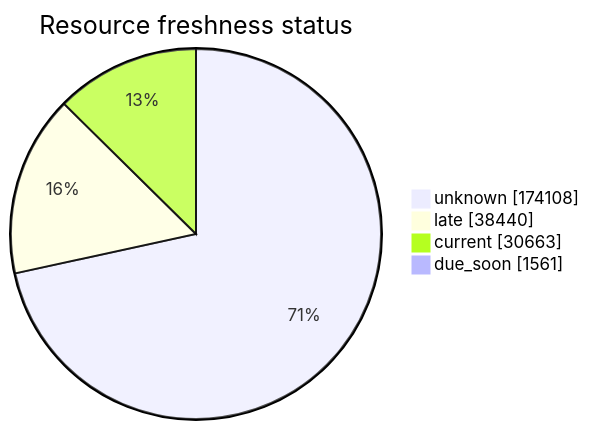
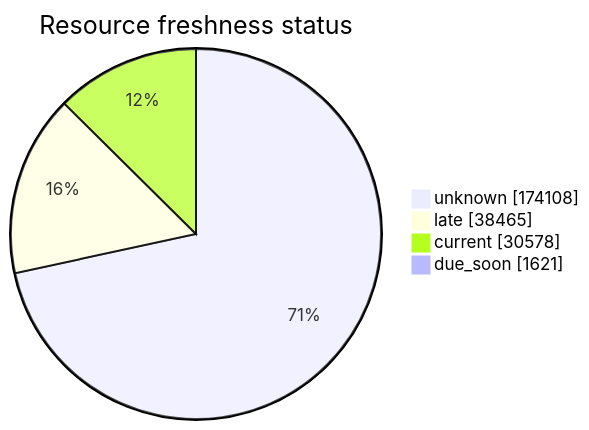
Before and after one commit to open-data/analytics-corporate-reporting: the third of 5 diagrams in FreshCheck/README.md, drawn with Mermaid. The commit also changed other lines of this file and 3 other files, not shown here.

````diff
--- a/FreshCheck/README.md
+++ b/FreshCheck/README.md
@@ -77,7 +77,7 @@
 ```mermaid
 pie showData title Resource freshness status
     "unknown": 174108
-    "late": 38440
-    "current": 30663
-    "due_soon": 1561
+    "late": 38465
+    "current": 30578
+    "due_soon": 1621
 ```
````
